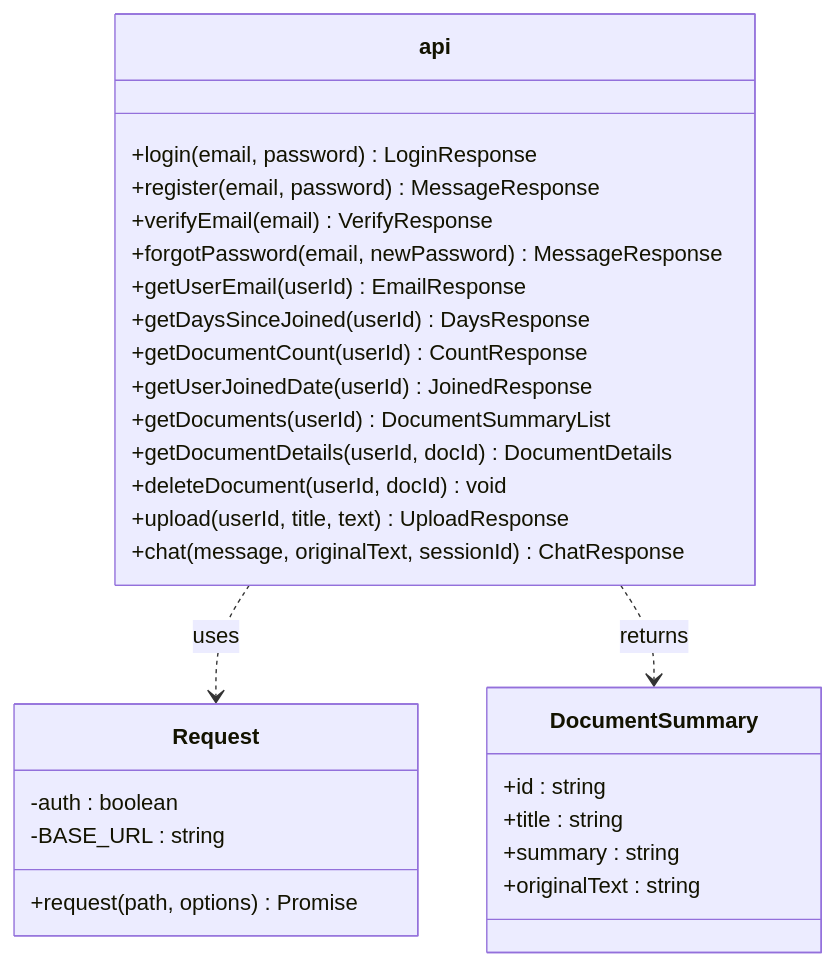
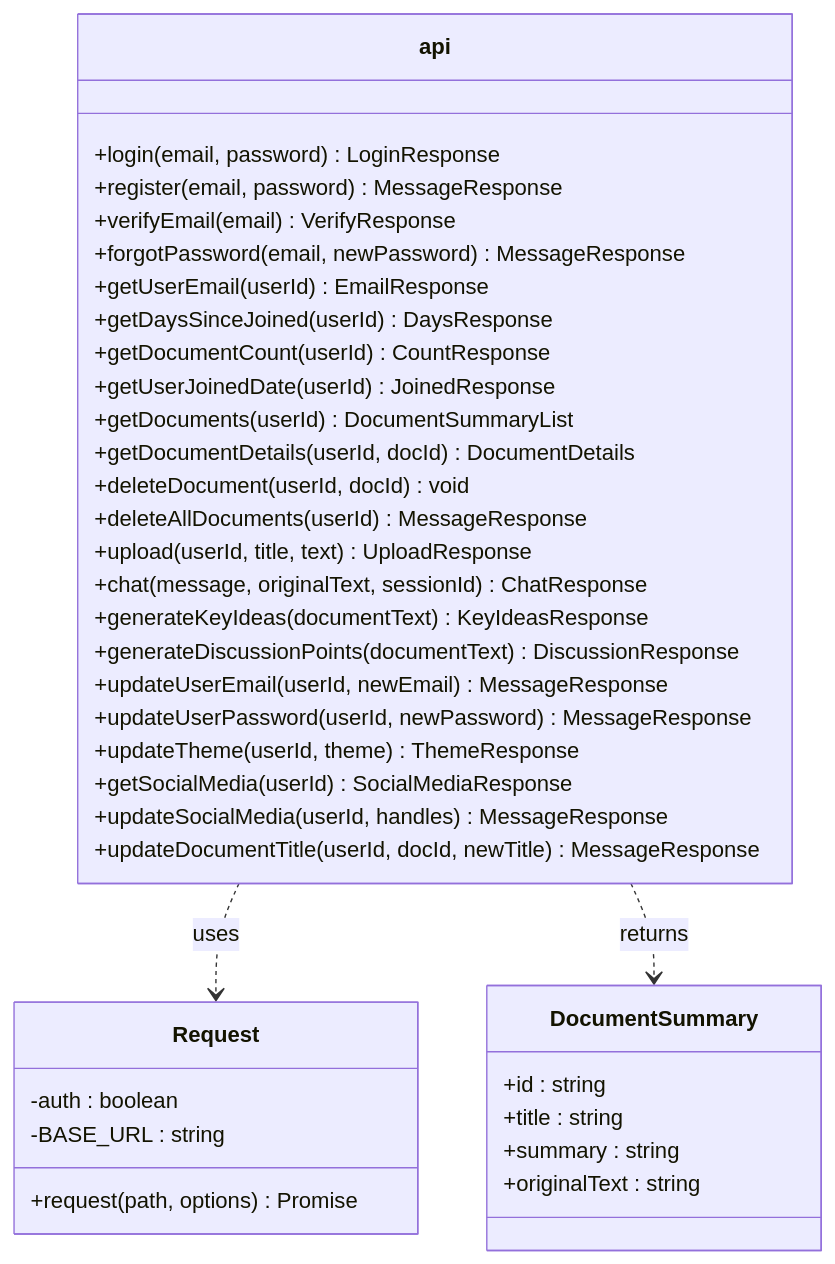
The fifth of 6 diagrams in MOBILE_APPS.md (Derek-miranda/DocuThinker-AI), drawn with Mermaid before and after one commit. The commit also changed other lines of this file and 46 other files, not shown here.

````diff
--- a/MOBILE_APPS.md
+++ b/MOBILE_APPS.md
@@ -205,34 +228,43 @@
 ```mermaid
 classDiagram
   class api {
     +login(email, password) LoginResponse
     +register(email, password) MessageResponse
     +verifyEmail(email) VerifyResponse
     +forgotPassword(email, newPassword) MessageResponse
     +getUserEmail(userId) EmailResponse
     +getDaysSinceJoined(userId) DaysResponse
     +getDocumentCount(userId) CountResponse
     +getUserJoinedDate(userId) JoinedResponse
     +getDocuments(userId) DocumentSummaryList
     +getDocumentDetails(userId, docId) DocumentDetails
     +deleteDocument(userId, docId) void
+    +deleteAllDocuments(userId) MessageResponse
     +upload(userId, title, text) UploadResponse
     +chat(message, originalText, sessionId) ChatResponse
+    +generateKeyIdeas(documentText) KeyIdeasResponse
+    +generateDiscussionPoints(documentText) DiscussionResponse
+    +updateUserEmail(userId, newEmail) MessageResponse
+    +updateUserPassword(userId, newPassword) MessageResponse
+    +updateTheme(userId, theme) ThemeResponse
+    +getSocialMedia(userId) SocialMediaResponse
+    +updateSocialMedia(userId, handles) MessageResponse
+    +updateDocumentTitle(userId, docId, newTitle) MessageResponse
   }
 
   class DocumentSummary {
     +id : string
     +title : string
     +summary : string
     +originalText : string
   }
 
   class Request {
     -auth : boolean
     -BASE_URL : string
     +request(path, options) Promise
   }
 
   api ..> Request : uses
   api ..> DocumentSummary : returns
 ```
````
